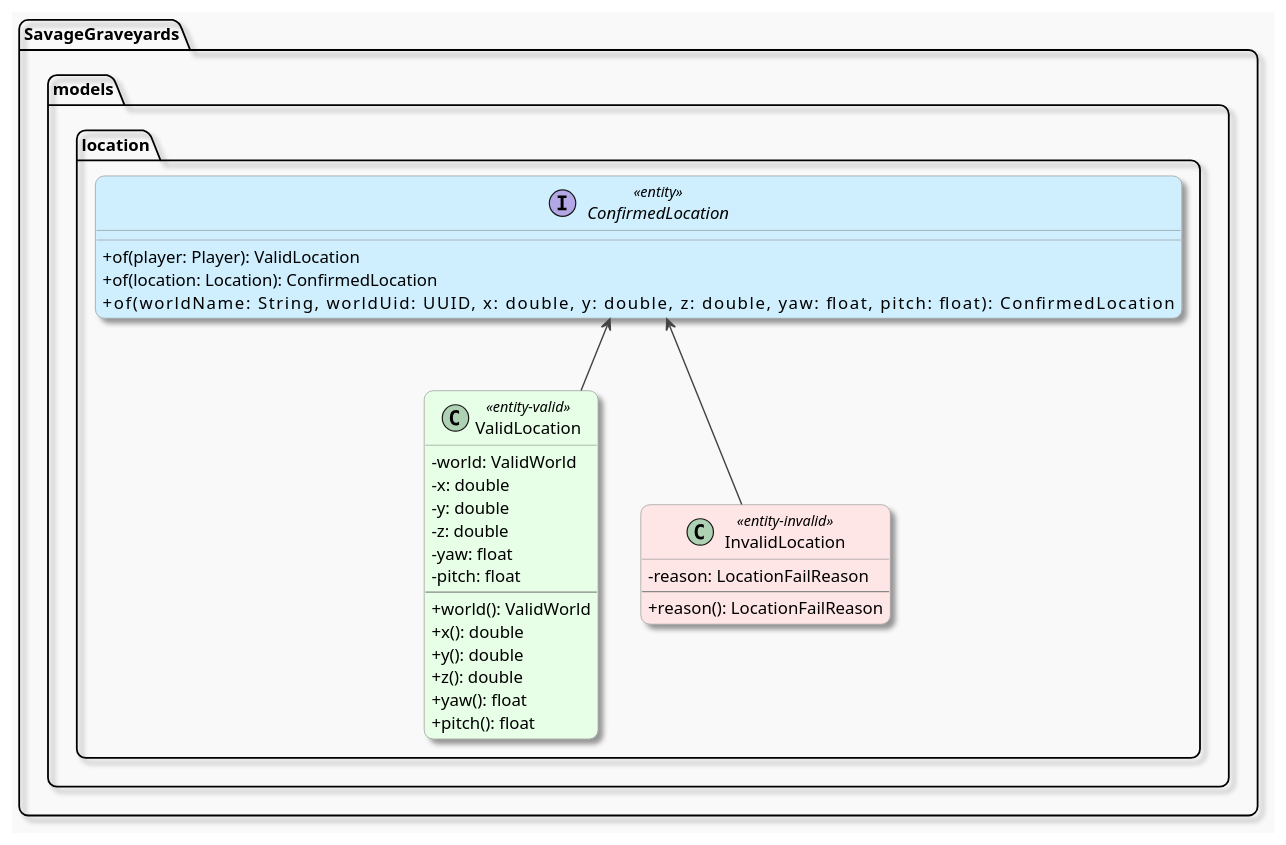
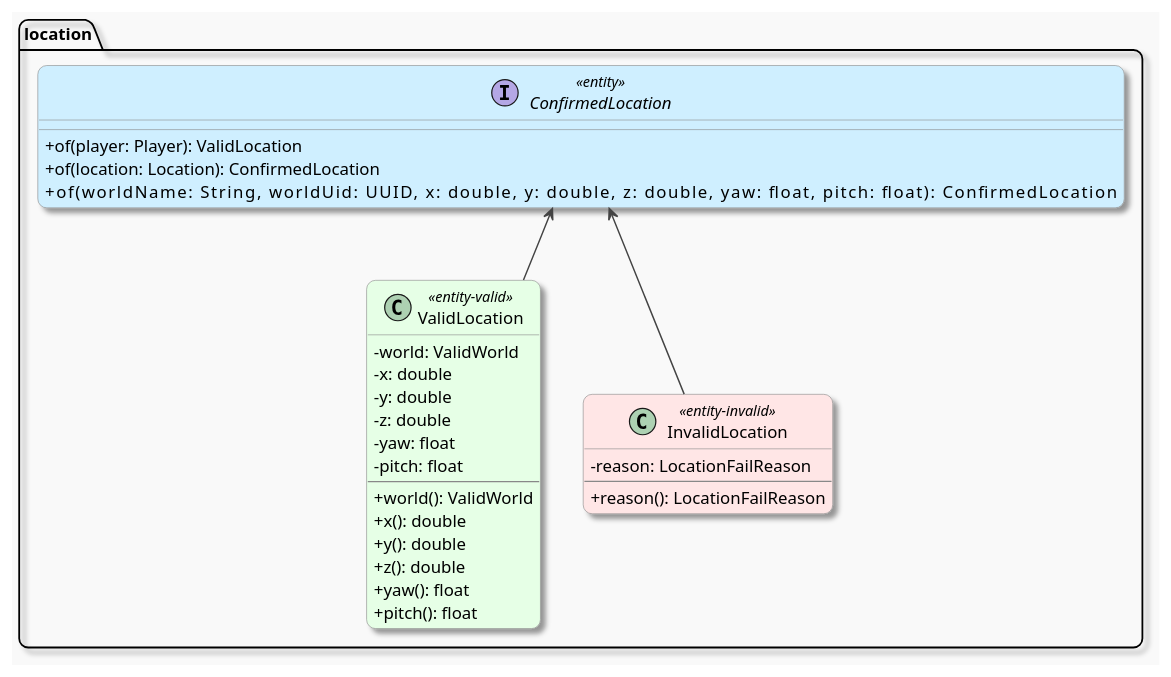
The diagram in models/doc-files/diagrams/ConfirmedLocation_structure_alt_1.puml (winterhavenmc/SavageGraveyards), drawn with PlantUML before and after one commit. The commit also changed 10 other files, not shown here.

```diff
--- a/models/doc-files/diagrams/ConfirmedLocation_structure_alt_1.puml
+++ b/models/doc-files/diagrams/ConfirmedLocation_structure_alt_1.puml
@@ -1,60 +1,60 @@
 @startuml
 
 ' === GLOBAL STYLING ===
 skinparam backgroundColor #f9f9f9
 skinparam shadowing true
 skinparam roundCorner 15
 skinparam ArrowColor #444444
 skinparam ArrowThickness 1.2
 skinparam ArrowFontSize 11
 skinparam packageTitleFontSize 14
 skinparam classFontName "Helvetica"
 skinparam classAttributeIconSize 0
 skinparam class {
   BackgroundColor white
   BorderColor #888888
 }
 skinparam class {
   BackgroundColor<<entity>> #cfefff
     BackgroundColor<<entity-valid>> #e6ffe6
   BackgroundColor<<entity-invalid>> #ffe6e6
 }
 
 
-package SavageGraveyards {
-    package models {
+'package SavageGraveyards {
+'    package models {
         package location {
             interface ConfirmedLocation <<entity>> {
                 + of(player: Player): ValidLocation
                 + of(location: Location): ConfirmedLocation
                 + of(worldName: String, worldUid: UUID, \
                     x: double, y: double, z: double, \
                     yaw: float, pitch: float): ConfirmedLocation
             }
             class ValidLocation <<entity-valid>> {
                 - world: ValidWorld
                 - x: double
                 - y: double
                 - z: double
                 - yaw: float
                 - pitch: float
                 --
                 + world(): ValidWorld
                 + x(): double
                 + y(): double
                 + z(): double
                 + yaw(): float
                 + pitch(): float
             }
             class InvalidLocation <<entity-invalid>> {
                 - reason: LocationFailReason
                 --
                 + reason(): LocationFailReason
             }
             ConfirmedLocation <-- ValidLocation
             ConfirmedLocation <-- InvalidLocation
         }
-    }
-}
+'    }
+'}
 
 @enduml
```
